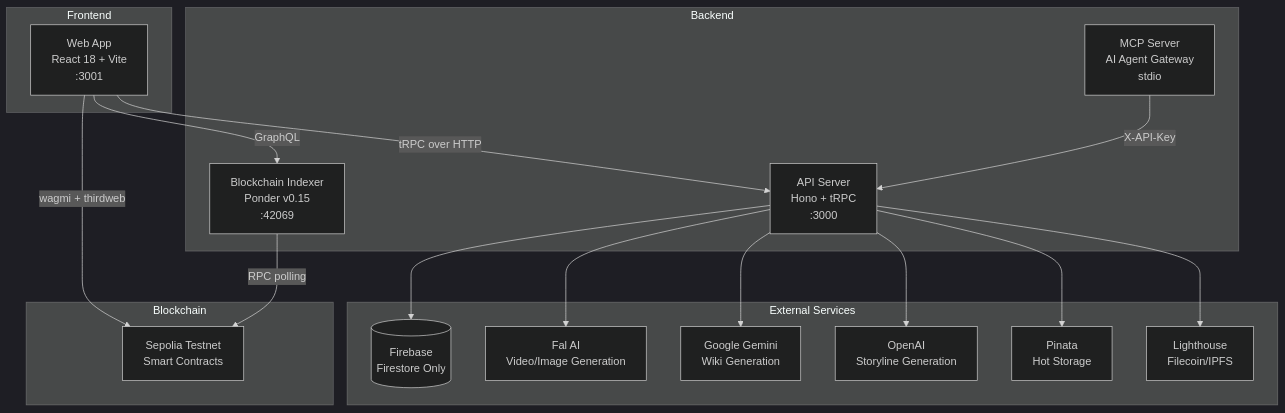
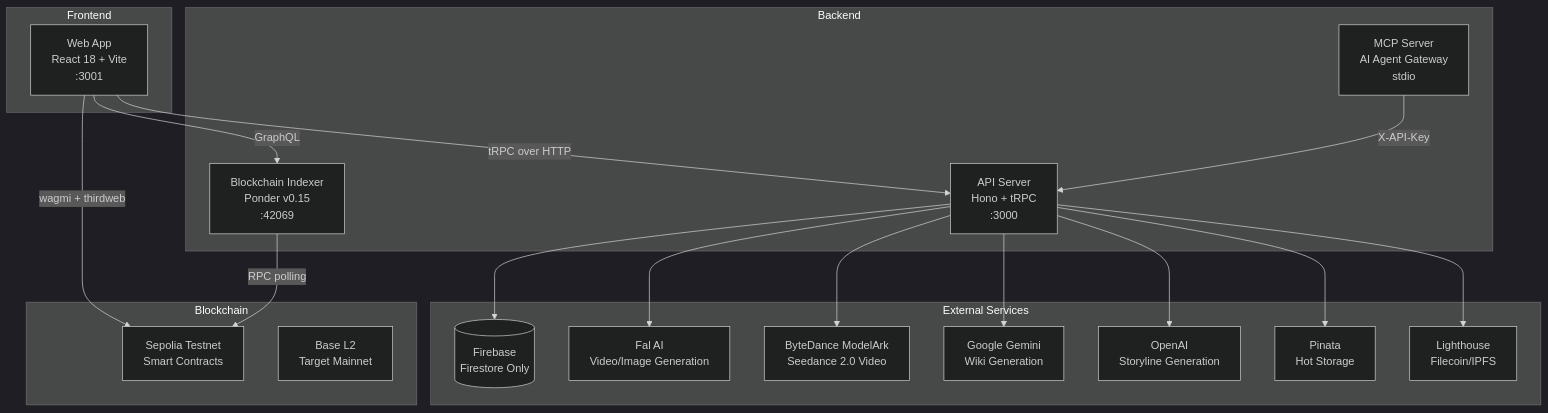
One commit to EcosystemNetwork/loar changed the first of 2 diagrams in docs/architecture.md. Above: the diagram before and after it, drawn with Mermaid (dark theme). The commit also changed other lines of this file and 12 other files, not shown here.

````diff
--- a/docs/architecture.md
+++ b/docs/architecture.md
@@ -5,39 +5,42 @@
 ```mermaid
 graph TD
     subgraph Frontend
         WEB[Web App<br/>React 18 + Vite<br/>:3001]
     end
 
     subgraph Backend
         SERVER[API Server<br/>Hono + tRPC<br/>:3000]
         INDEXER[Blockchain Indexer<br/>Ponder v0.15<br/>:42069]
         MCP[MCP Server<br/>AI Agent Gateway<br/>stdio]
     end
 
     subgraph External Services
         FIREBASE[(Firebase<br/>Firestore Only)]
         FAL[Fal AI<br/>Video/Image Generation]
+        BYTEDANCE[ByteDance ModelArk<br/>Seedance 2.0 Video]
         GEMINI[Google Gemini<br/>Wiki Generation]
         OPENAI[OpenAI<br/>Storyline Generation]
         PINATA[Pinata<br/>Hot Storage]
         LIGHTHOUSE[Lighthouse<br/>Filecoin/IPFS]
     end
 
     subgraph Blockchain
         SEPOLIA[Sepolia Testnet<br/>Smart Contracts]
+        BASE[Base L2<br/>Target Mainnet]
     end
 
     WEB -->|tRPC over HTTP| SERVER
     WEB -->|GraphQL| INDEXER
     WEB -->|wagmi + thirdweb| SEPOLIA
 
     SERVER --> FIREBASE
     SERVER --> FAL
+    SERVER --> BYTEDANCE
     SERVER --> GEMINI
     SERVER --> OPENAI
     SERVER --> PINATA
     SERVER --> LIGHTHOUSE
     INDEXER -->|RPC polling| SEPOLIA
 
     MCP -->|X-API-Key| SERVER
 ```
````
